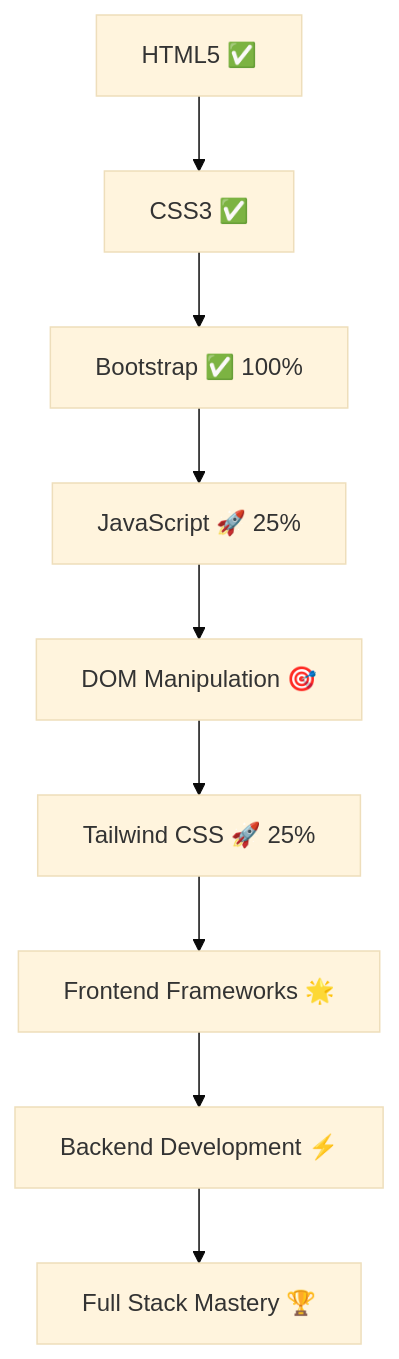
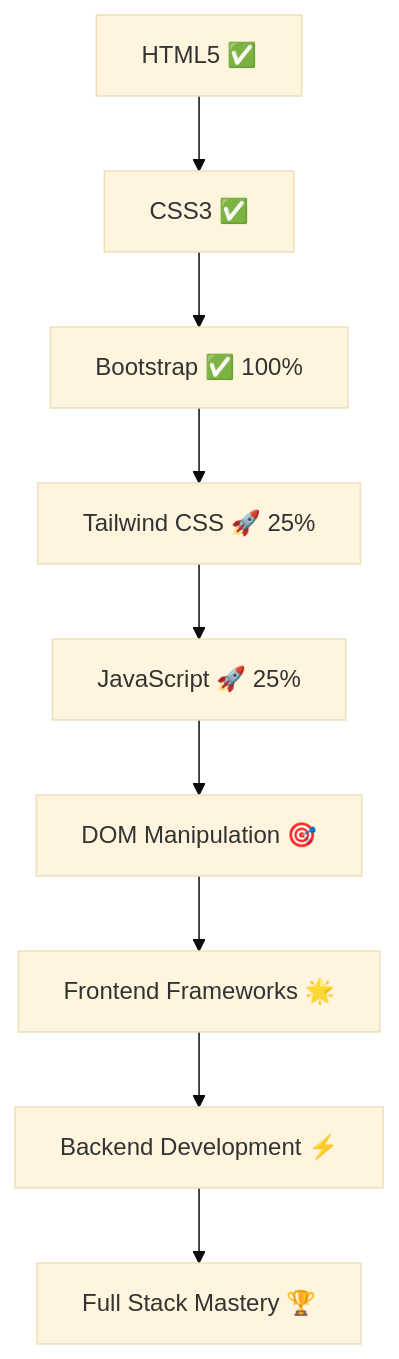
One commit to MahmoudFawzy10/MahmoudFawzy10 changed the diagram in README.md. Above: the diagram before and after it, drawn with Mermaid (base theme).

````diff
--- a/README.md
+++ b/README.md
@@ -29,11 +29,11 @@
 ```mermaid
 graph TD;
   A[HTML5 ✅] --> B[CSS3 ✅];
   B --> C[Bootstrap ✅ 100%];
-  C --> D[JavaScript 🚀 25%];
-  D --> E[DOM Manipulation 🎯];
-  E --> F[Tailwind CSS 🚀 25%];
+  C --> D[Tailwind CSS 🚀 25%];
+  D --> E[JavaScript 🚀 25%];
+  E --> F[DOM Manipulation 🎯];
   F --> G[Frontend Frameworks 🌟];
   G --> H[Backend Development ⚡];
   H --> I[Full Stack Mastery 🏆];
 ```
````
